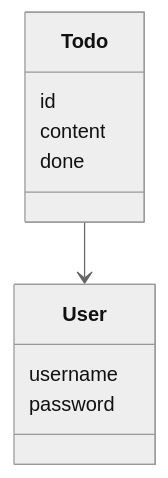
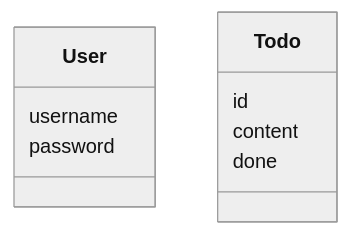
The diagram in documentation/implementation.md (antonlep/shortest-path), drawn with Mermaid (neutral theme) before and after one commit.

````diff
--- a/documentation/implementation.md
+++ b/documentation/implementation.md
@@ -3,13 +3,13 @@
 ```mermaid
  classDiagram
-      Todo --> User
+      Todo - User
       class User{
           username
           password
       }
       class Todo{
           id
           content
           done
       }
 ```
````
